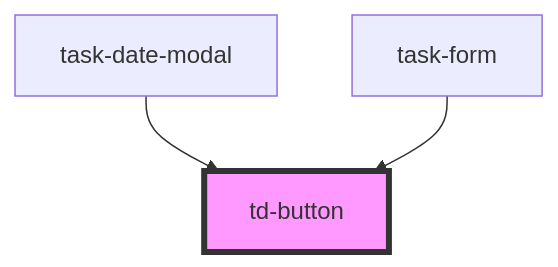
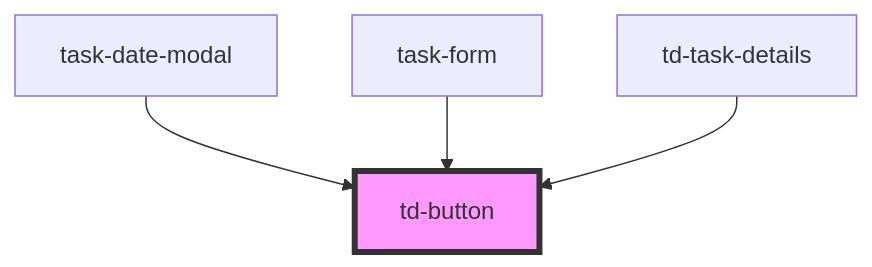
One commit to ajarana/to-done changed the diagram in libs/ui/src/components/td-button/readme.md. Above: the diagram before and after it, drawn with Mermaid. The commit also changed other lines of this file and 63 other files, not shown here.

Commit message:
Task details page; edit task page; mark complete; styling updates

````diff
--- a/libs/ui/src/components/td-button/readme.md
+++ b/libs/ui/src/components/td-button/readme.md
@@ -32,6 +33,7 @@
 ```mermaid
 graph TD;
   task-date-modal --> td-button
   task-form --> td-button
+  td-task-details --> td-button
   style td-button fill:#f9f,stroke:#333,stroke-width:4px
 ```
````
